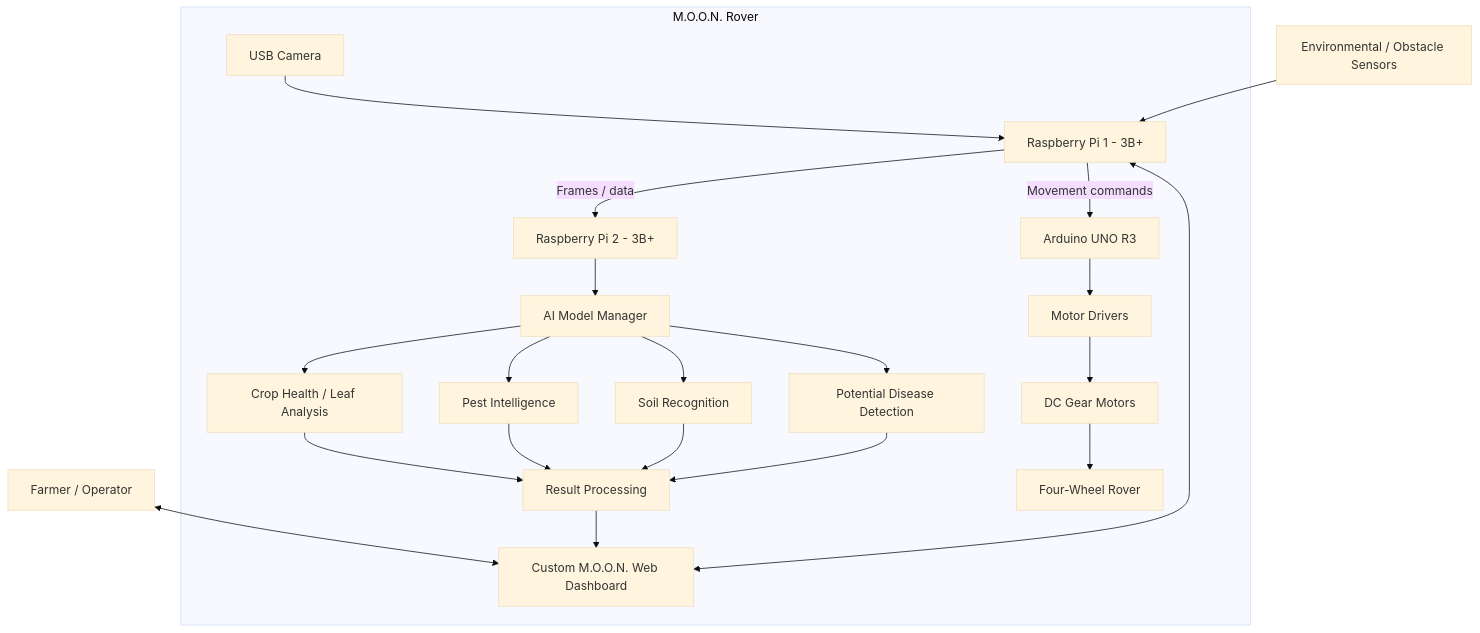
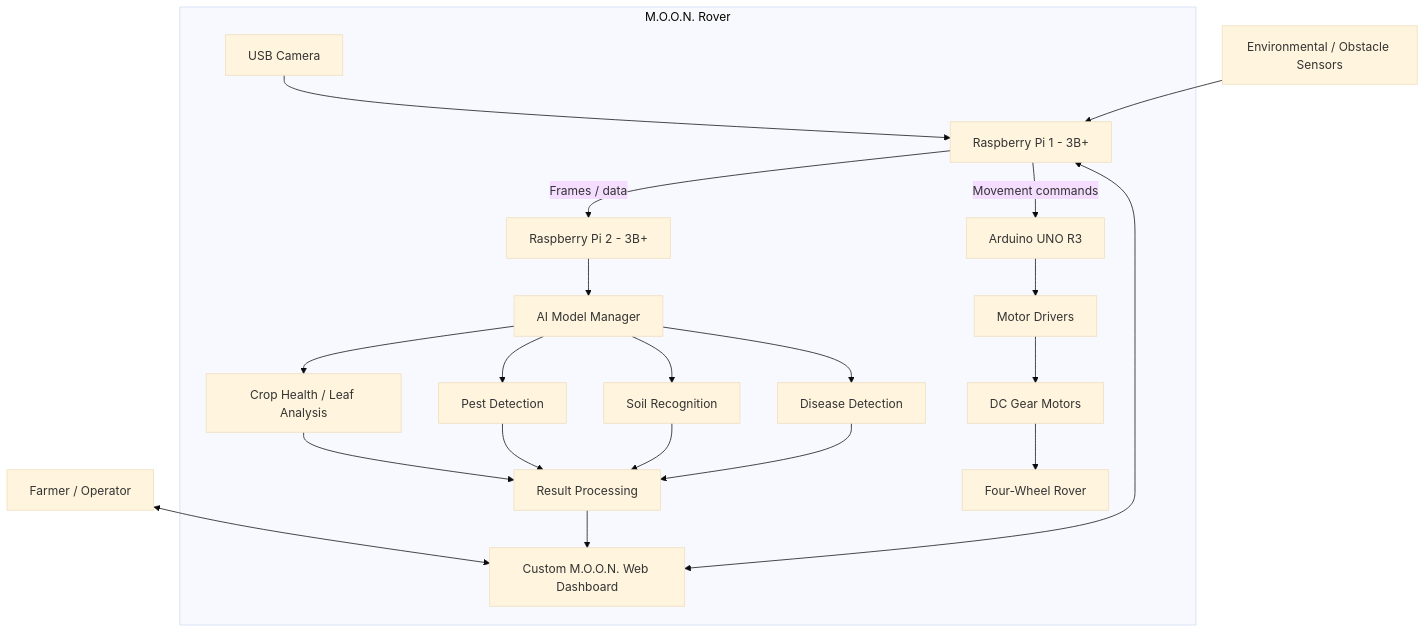
One commit to ishansamanta/M.O.O.N-Field_Rover changed the diagram in README.md. Above: the diagram before and after it, drawn with Mermaid (base theme). The commit also changed other lines of this file, not shown here.

````diff
--- a/README.md
+++ b/README.md
@@ -171,27 +172,27 @@
 ```mermaid
 flowchart TD
     OP[Farmer / Operator] <--> WEB[Custom M.O.O.N. Web Dashboard]
 
     subgraph ROVER[M.O.O.N. Rover]
       CAM[USB Camera] --> PI1[Raspberry Pi 1 - 3B+]
       PI1 -->|Frames / data| PI2[Raspberry Pi 2 - 3B+]
       PI2 --> MM[AI Model Manager]
       MM --> CH[Crop Health / Leaf Analysis]
-      MM --> PE[Pest Intelligence]
+      MM --> PE[Pest Detection]
       MM --> SO[Soil Recognition]
-      MM --> DI[Potential Disease Detection]
+      MM --> DI[ Disease Detection]
       CH --> RES[Result Processing]
       PE --> RES
       SO --> RES
       DI --> RES
       RES --> WEB
 
       PI1 -->|Movement commands| ARD[Arduino UNO R3]
       ARD --> MD[Motor Drivers]
       MD --> MOT[DC Gear Motors]
       MOT --> WH[Four-Wheel Rover]
     end
 
     SENS[Environmental / Obstacle Sensors] --> PI1
     PI1 <--> WEB
 ```
````
